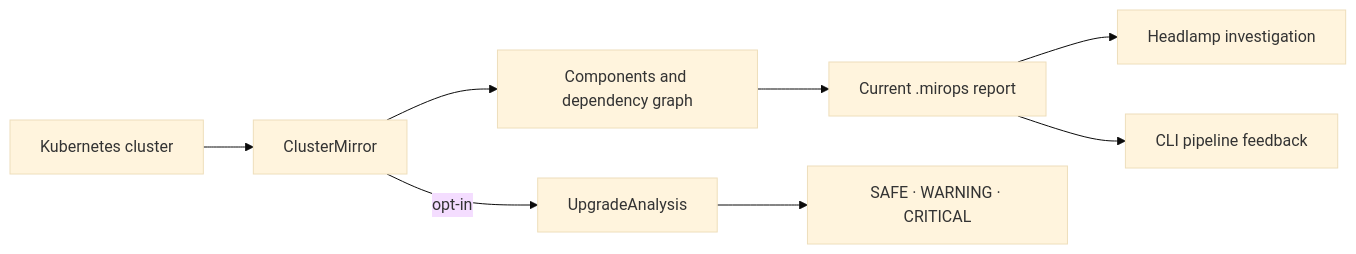
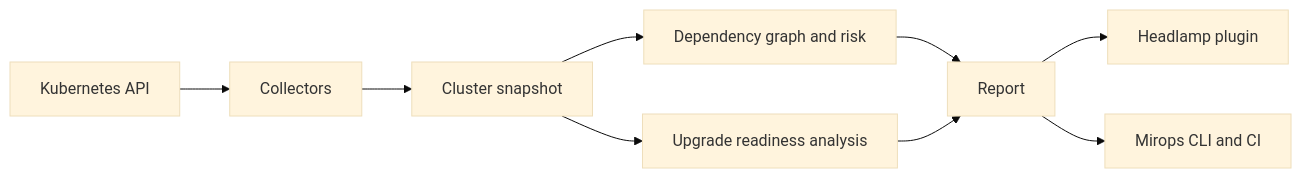
Before and after one commit to miropshq/mirops: the first of 2 diagrams in README.md, drawn with Mermaid (base theme). The commit also changed other lines of this file, not shown here.

````diff
--- a/README.md
+++ b/README.md
@@ -9,10 +9,11 @@
 ```mermaid
 flowchart LR
-  K[Kubernetes cluster] --> CM[ClusterMirror]
-  CM --> G[Components and dependency graph]
-  G --> R[Current .mirops report]
-  R --> H[Headlamp investigation]
-  R --> C[CLI pipeline feedback]
-  CM -->|opt-in| UA[UpgradeAnalysis]
-  UA --> D[SAFE · WARNING · CRITICAL]
+  K[Kubernetes API] --> C[Collectors]
+  C --> S[Cluster snapshot]
+  S --> G[Dependency graph and risk]
+  S --> A[Upgrade readiness analysis]
+  G --> R[Report]
+  A --> R
+  R --> H[Headlamp plugin]
+  R --> CLI[Mirops CLI and CI]
 ```
````
